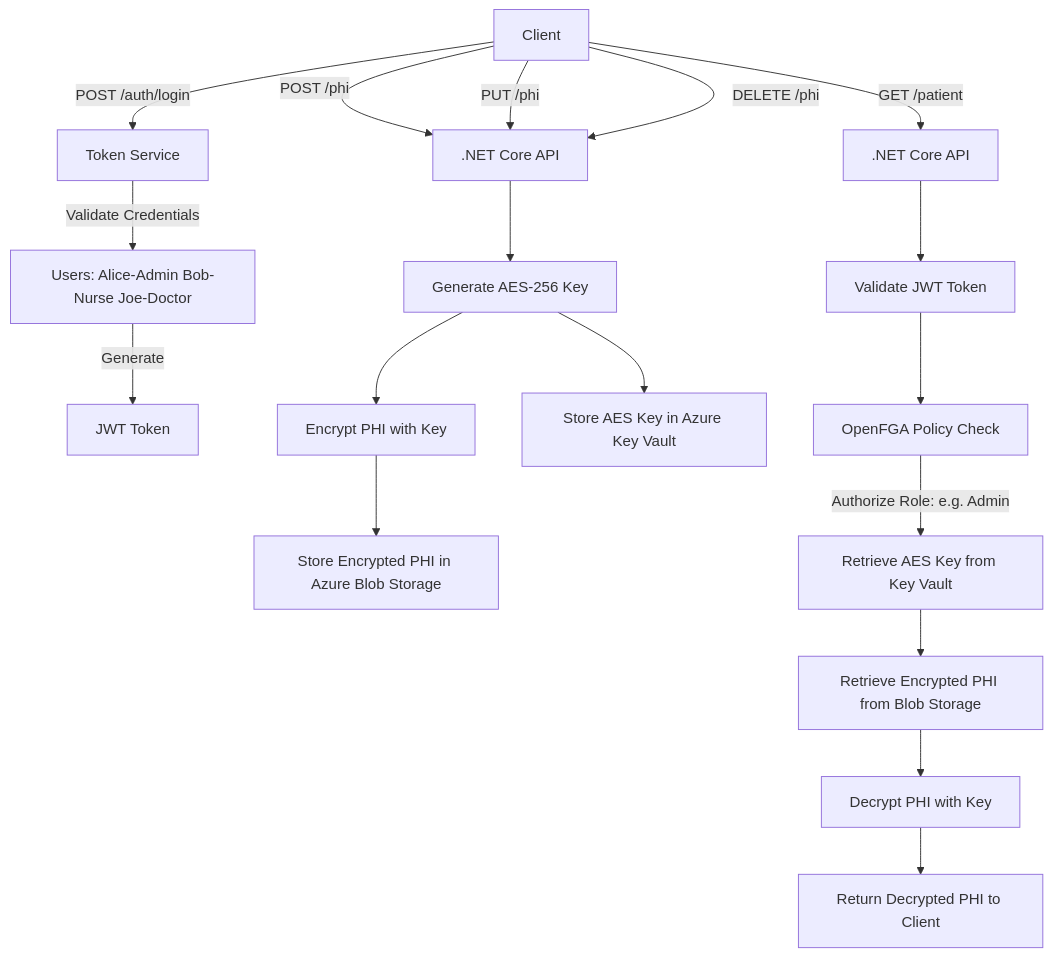
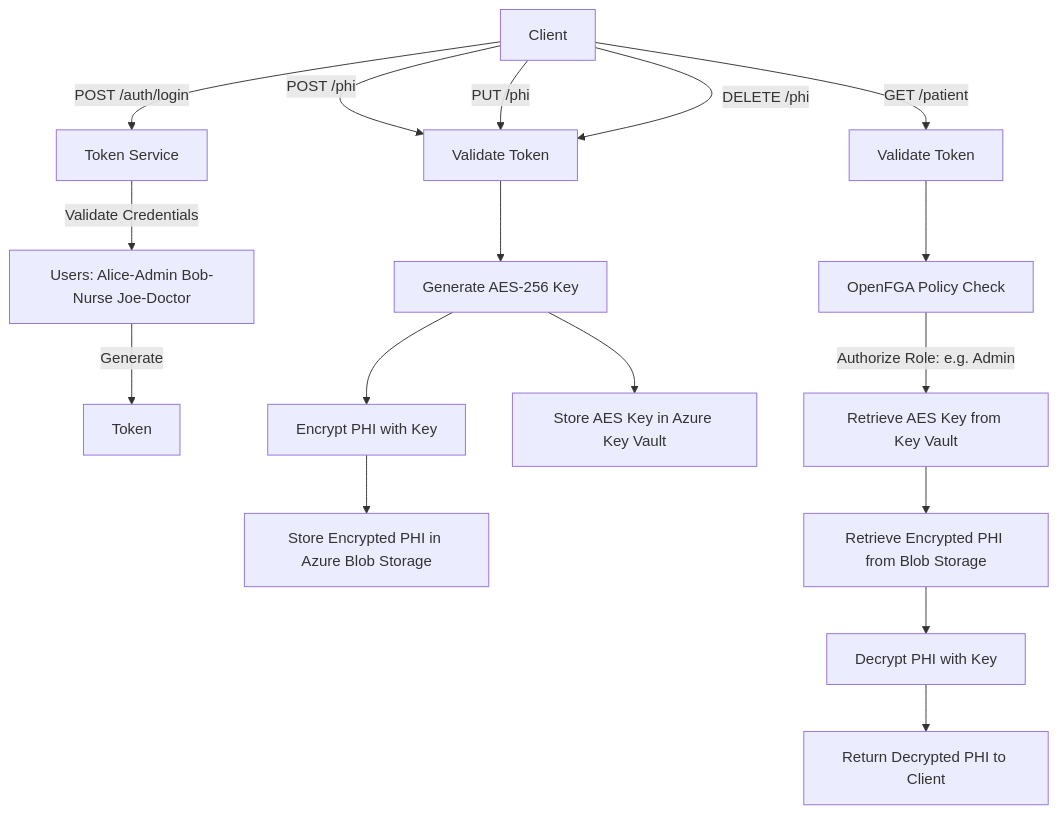
Before and after one commit to ramital/SecureStorage: the first of 4 diagrams in README.md, drawn with Mermaid. The commit also changed other lines of this file, not shown here.

````diff
--- a/README.md
+++ b/README.md
@@ -28,25 +32,25 @@
 ```mermaid
 graph TD
     %% Login Flow
     A[Client] -->|POST /auth/login| B[Token Service]
     B -->|Validate Credentials| C[Users: Alice-Admin Bob-Nurse Joe-Doctor]
-    C -->|Generate| D[JWT Token]
+    C -->|Generate| D[Token]
 
     %% RESTful PHI Operations
-    A -->|POST /phi| E[.NET Core API]
+    A -->|POST /phi| E[Validate  Token]
     E --> F[Generate AES-256 Key]
     F --> G[Encrypt PHI with Key]
     G --> H[Store Encrypted PHI in Azure Blob Storage]
     F --> I[Store AES Key in Azure Key Vault]
 
-    A -->|GET /patient | J[.NET Core API]
-    J --> K[Validate JWT Token]
-    K --> L[OpenFGA Policy Check]
+    A -->|GET /patient | J[Validate  Token]
+  
+    J --> L[OpenFGA Policy Check]
     L -->|Authorize Role: e.g. Admin| M[Retrieve AES Key from Key Vault]
     M --> N[Retrieve Encrypted PHI from Blob Storage]
     N --> O[Decrypt PHI with Key]
     O --> P[Return Decrypted PHI to Client]
 
     A -->|PUT /phi | E
     A -->|DELETE /phi | E
 ```
````
